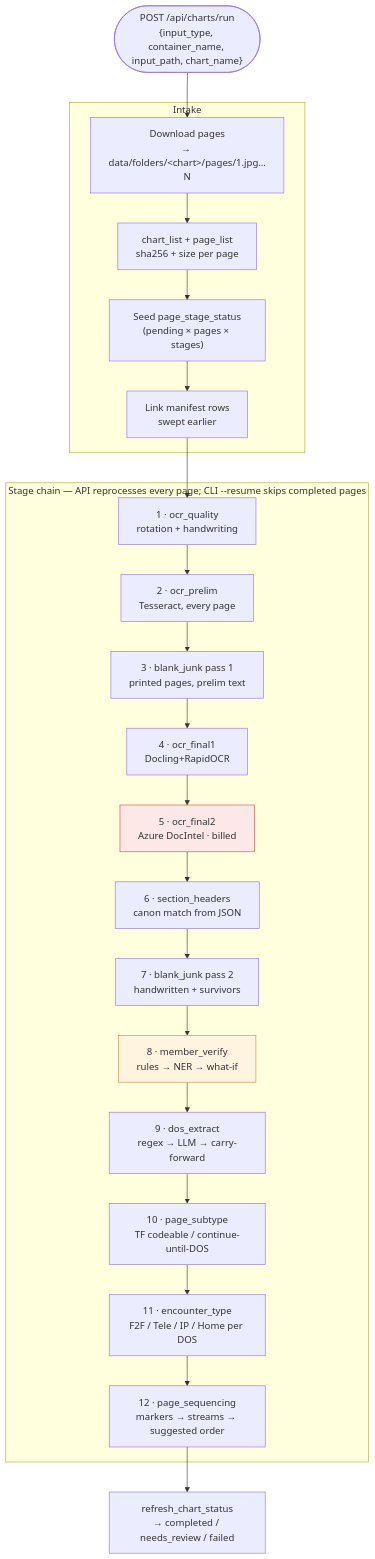
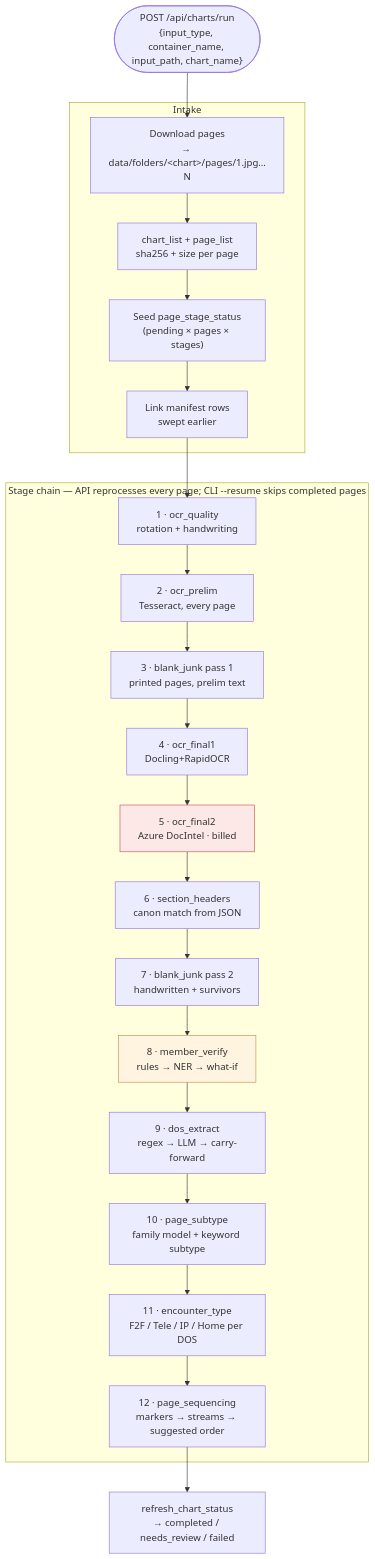
The second of 7 diagrams in docs/FLOW.md (abhinavdg-ever/model-repo), drawn with Mermaid before and after one commit. The commit also changed other lines of this file and 215 other files, not shown here.

Commit message:
Ship the page-family classifier and the other small model files with the classification, extraction, and review changes.

````diff
--- a/docs/FLOW.md
+++ b/docs/FLOW.md
@@ -47,34 +47,34 @@
 ```mermaid
 flowchart TD
   START(["POST /api/charts/run<br/>{input_type, container_name, input_path, chart_name}"]) --> DL
 
   subgraph INTAKE["Intake"]
     DL["Download pages<br/>→ data/folders/&lt;chart&gt;/pages/1.jpg…N"]
     DL --> REG["chart_list + page_list<br/>sha256 + size per page"]
     REG --> SEED["Seed page_stage_status<br/>(pending × pages × stages)"]
     SEED --> LINK["Link manifest rows<br/>swept earlier"]
   end
 
   LINK --> S1
 
   subgraph CHAIN["Stage chain — API reprocesses every page; CLI --resume skips completed pages"]
     S1["1 · ocr_quality<br/>rotation + handwriting"]
     S2["2 · ocr_prelim<br/>Tesseract, every page"]
     S3["3 · blank_junk pass 1<br/>printed pages, prelim text"]
     S4["4 · ocr_final1<br/>Docling+RapidOCR"]
     S5["5 · ocr_final2<br/>Azure DocIntel · billed"]
     S5b["6 · section_headers<br/>canon match from JSON"]
     S6["7 · blank_junk pass 2<br/>handwritten + survivors"]
     S7["8 · member_verify<br/>rules → NER → what-if"]
     S8["9 · dos_extract<br/>regex → LLM → carry-forward"]
-    S9["10 · page_subtype<br/>TF codeable / continue-until-DOS"]
+    S9["10 · page_subtype<br/>family model + keyword subtype"]
     S10["11 · encounter_type<br/>F2F / Tele / IP / Home per DOS"]
     S11["12 · page_sequencing<br/>markers → streams → suggested order"]
     S1 --> S2 --> S3 --> S4 --> S5 --> S5b --> S6 --> S7 --> S8 --> S9 --> S10 --> S11
   end
 
   S11 --> DONE["refresh_chart_status<br/>→ completed / needs_review / failed"]
 
   style S5 fill:#fde8e8,stroke:#c74a4a
   style S7 fill:#fff4e0,stroke:#c78a4a
 ```
````
